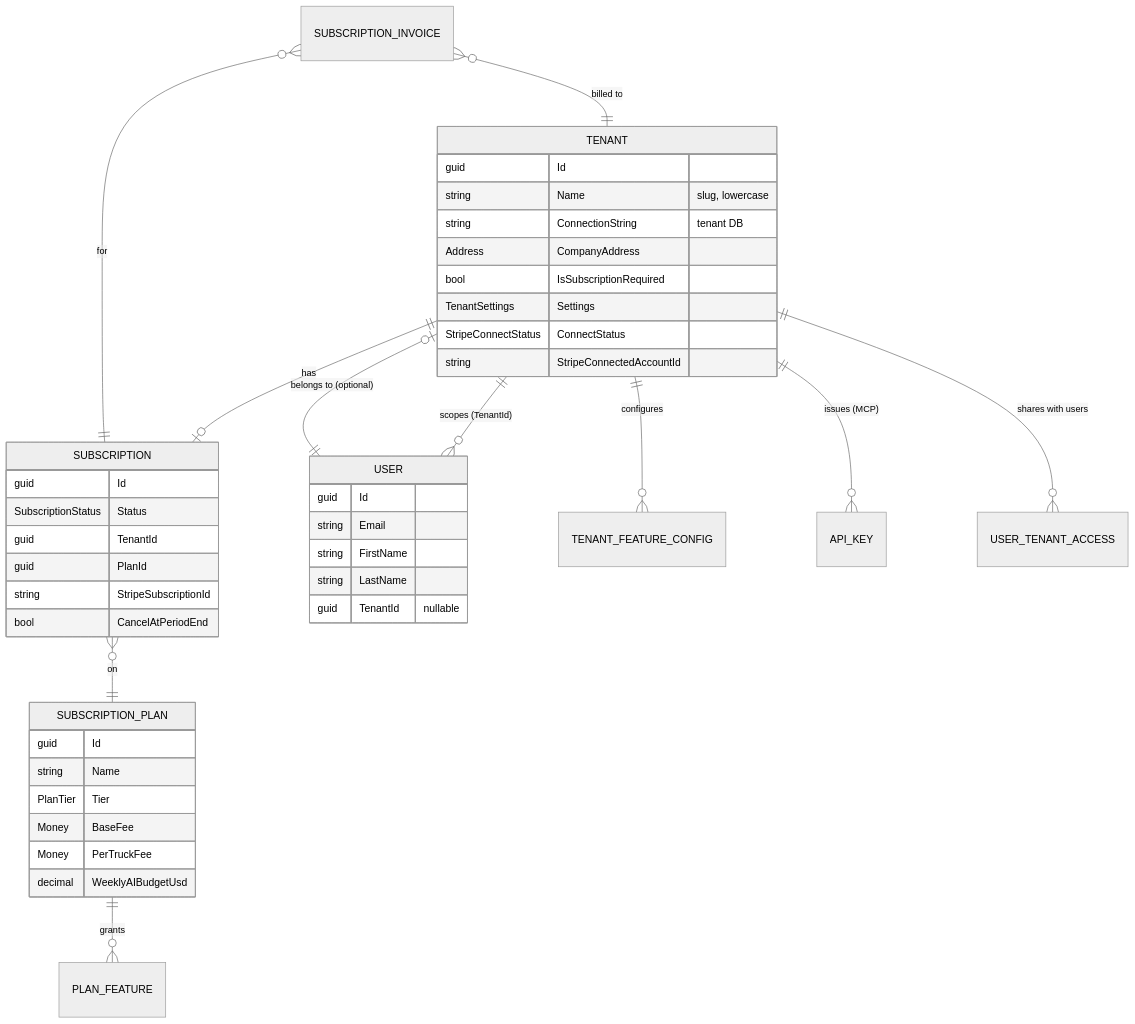
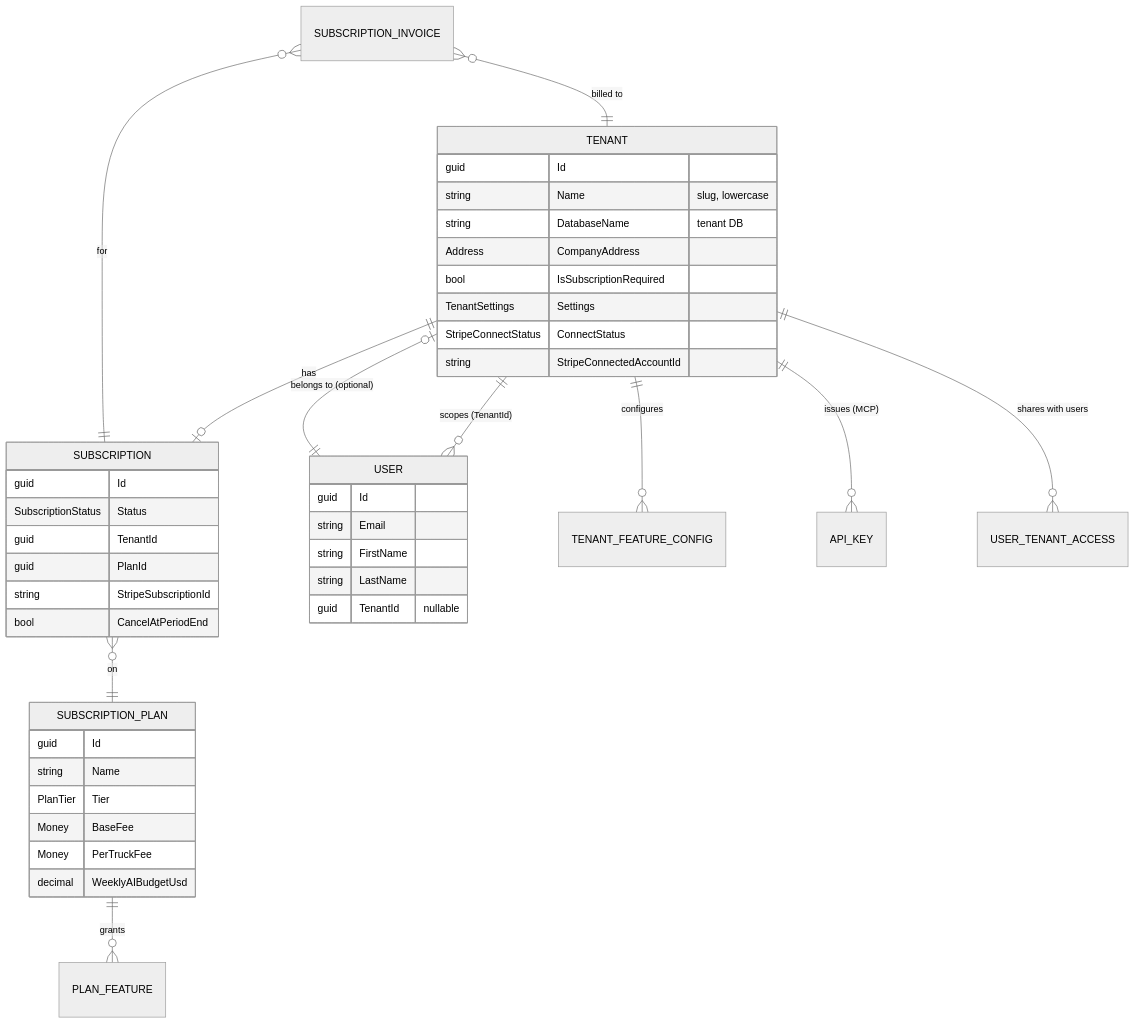
Before and after one commit to suxrobGM/logistics-app: the second of 10 diagrams in docs/architecture/domain-model.md, drawn with Mermaid (neutral theme). The commit also changed other lines of this file and 51 other files, not shown here.

Commit message:
fix(tenants): store the tenant database name instead of its connection string

````diff
--- a/docs/architecture/domain-model.md
+++ b/docs/architecture/domain-model.md
@@ -55,50 +55,50 @@
 ```mermaid
 erDiagram
     TENANT ||--o| SUBSCRIPTION : has
     TENANT ||--o{ USER : "scopes (TenantId)"
     TENANT ||--o{ TENANT_FEATURE_CONFIG : configures
     TENANT ||--o{ API_KEY : "issues (MCP)"
     TENANT ||--o{ USER_TENANT_ACCESS : "shares with users"
 
     SUBSCRIPTION }o--|| SUBSCRIPTION_PLAN : on
     SUBSCRIPTION_PLAN ||--o{ PLAN_FEATURE : grants
 
     USER ||--o| TENANT : "belongs to (optional)"
 
     SUBSCRIPTION_INVOICE }o--|| TENANT : "billed to"
     SUBSCRIPTION_INVOICE }o--|| SUBSCRIPTION : "for"
 
     TENANT {
         guid Id
         string Name "slug, lowercase"
-        string ConnectionString "tenant DB"
+        string DatabaseName "tenant DB"
         Address CompanyAddress
         bool IsSubscriptionRequired
         TenantSettings Settings
         StripeConnectStatus ConnectStatus
         string StripeConnectedAccountId
     }
     SUBSCRIPTION {
         guid Id
         SubscriptionStatus Status
         guid TenantId
         guid PlanId
         string StripeSubscriptionId
         bool CancelAtPeriodEnd
     }
     SUBSCRIPTION_PLAN {
         guid Id
         string Name
         PlanTier Tier
         Money BaseFee
         Money PerTruckFee
         decimal WeeklyAIBudgetUsd
     }
     USER {
         guid Id
         string Email
         string FirstName
         string LastName
         guid TenantId "nullable"
     }
 ```
````
